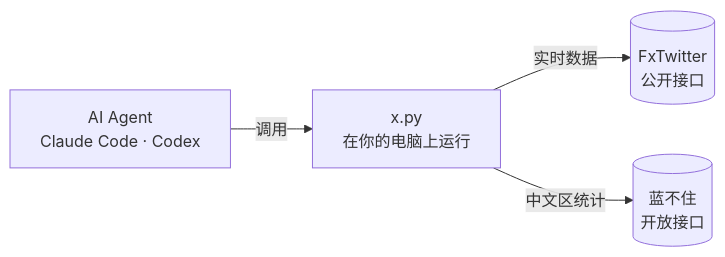
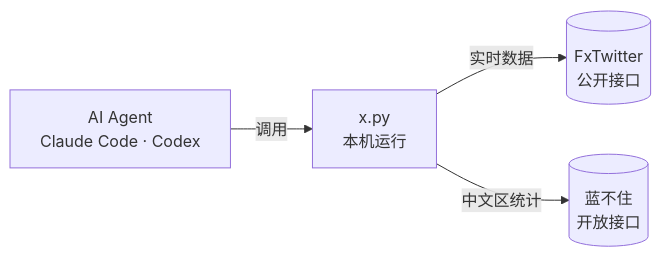
The diagram in README.md (qianyubtc/X-Aggregate-Data), drawn with Mermaid before and after one commit. The commit also changed 1 other file, not shown here.

Commit message:
README：架构图文字改短

````diff
--- a/README.md
+++ b/README.md
@@ -193,6 +193,6 @@
 ```mermaid
 flowchart LR
-    A["AI Agent<br/>Claude Code · Codex"] -->|调用| B["x.py<br/>在你的电脑上运行"]
+    A["AI Agent<br/>Claude Code · Codex"] -->|调用| B["x.py<br/>本机运行"]
     B -->|实时数据| C[("FxTwitter<br/>公开接口")]
     B -->|中文区统计| D[("蓝不住<br/>开放接口")]
 ```
````
